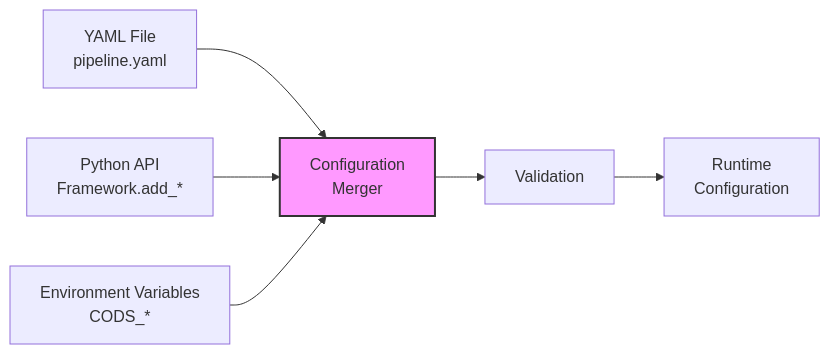
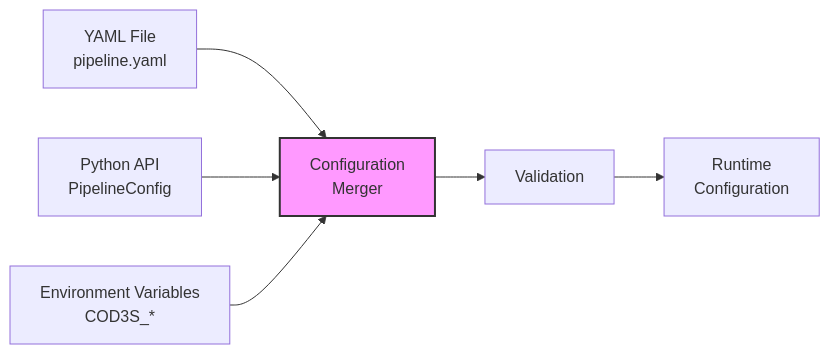
Before and after one commit to edgemind-sas/cod3s-data: the first of 2 diagrams in docs/specifications/FUNCTIONAL_SPECIFICATION/09-CONFIGURATION.md, drawn with Mermaid. The commit also changed other lines of this file and 15 other files, not shown here.

````diff
--- a/docs/specifications/FUNCTIONAL_SPECIFICATION/09-CONFIGURATION.md
+++ b/docs/specifications/FUNCTIONAL_SPECIFICATION/09-CONFIGURATION.md
@@ -40,11 +40,11 @@
 ```mermaid
 graph LR
     YAML[YAML File<br/>pipeline.yaml] --> Merge[Configuration<br/>Merger]
-    Python[Python API<br/>Framework.add_*] --> Merge
-    Env[Environment Variables<br/>CODS_*] --> Merge
+    Python[Python API<br/>PipelineConfig] --> Merge
+    Env[Environment Variables<br/>COD3S_*] --> Merge
 
     Merge --> Validate[Validation]
     Validate --> Runtime[Runtime<br/>Configuration]
 
     style Merge fill:#f9f,stroke:#333,stroke-width:2px
 ```
````
